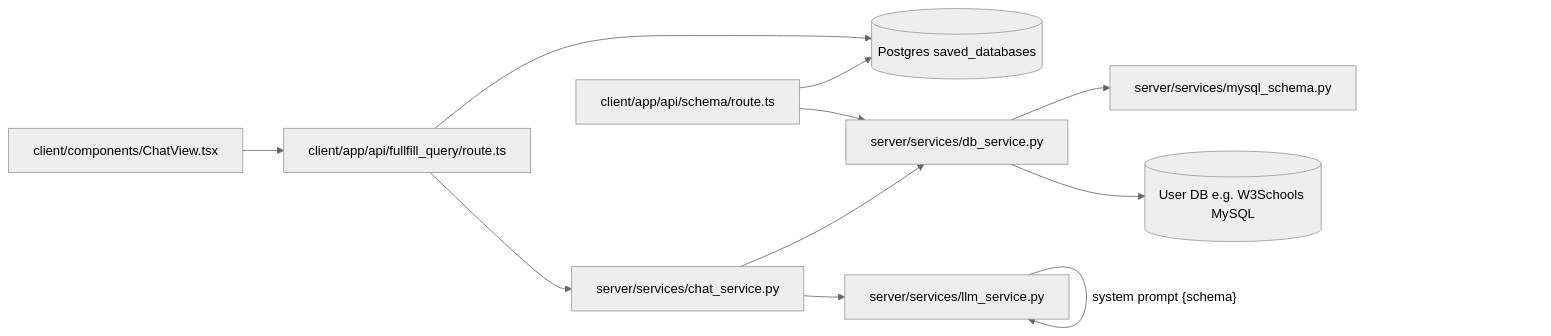
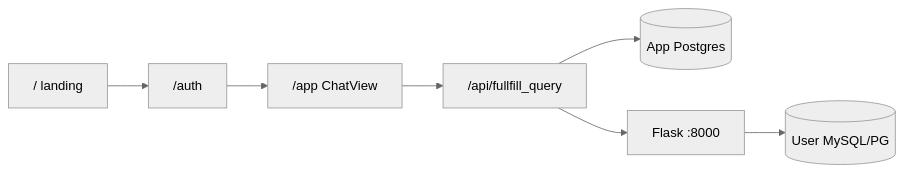
Before and after one commit to anshtiwari314/text-to-sql: the diagram in docs/memplace.md, drawn with Mermaid (neutral theme). The commit also changed other lines of this file and 45 other files, not shown here.

Commit message:
auth is working , history is being saved, schemas is also working for added database

````diff
--- a/docs/memplace.md
+++ b/docs/memplace.md
@@ -7,23 +50,17 @@
 ```mermaid
 flowchart LR
-  ChatView["client/components/ChatView.tsx"]
-  NextFQ["client/app/api/fullfill_query/route.ts"]
-  NextSchema["client/app/api/schema/route.ts"]
-  PG[(Postgres saved_databases)]
-  ChatSvc["server/services/chat_service.py"]
-  DbSvc["server/services/db_service.py"]
-  MySqlSchema["server/services/mysql_schema.py"]
-  LlmSvc["server/services/llm_service.py"]
-  UserDB[(User DB e.g. W3Schools MySQL)]
+  Landing["/ landing"]
+  Auth["/auth"]
+  App["/app ChatView"]
+  NextFQ["/api/fullfill_query"]
+  PG[(App Postgres)]
+  Flask["Flask :8000"]
+  UserDB[(User MySQL/PG)]
 
-  ChatView --> NextFQ
+  Landing --> Auth
+  Auth --> App
+  App --> NextFQ
   NextFQ --> PG
-  NextFQ --> ChatSvc
-  NextSchema --> PG
-  NextSchema --> DbSvc
-  ChatSvc --> DbSvc
-  ChatSvc --> LlmSvc
-  DbSvc --> MySqlSchema
-  DbSvc --> UserDB
-  LlmSvc -->|"system prompt {schema}"| LlmSvc
+  NextFQ --> Flask
+  Flask --> UserDB
 ```
````
